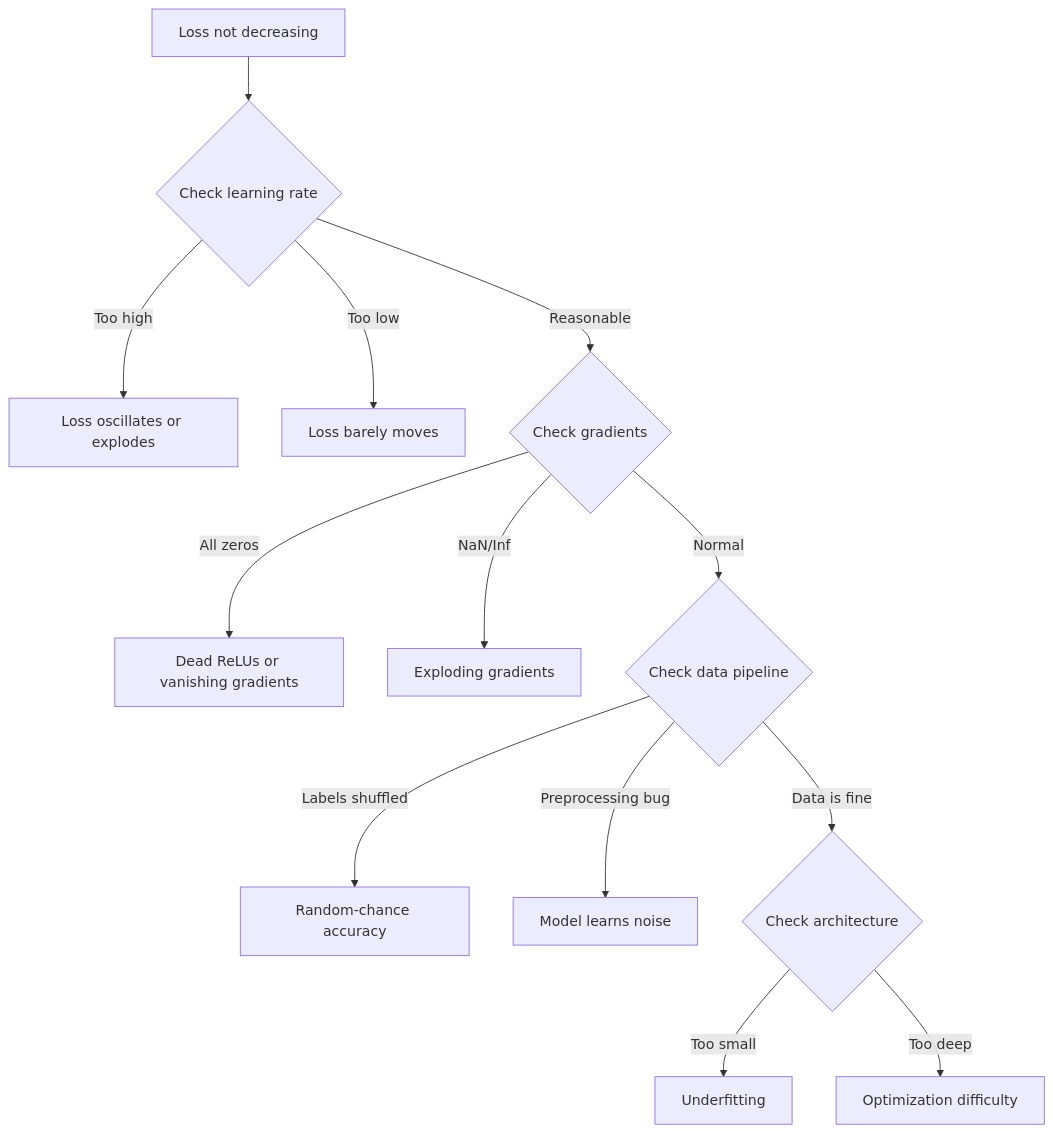
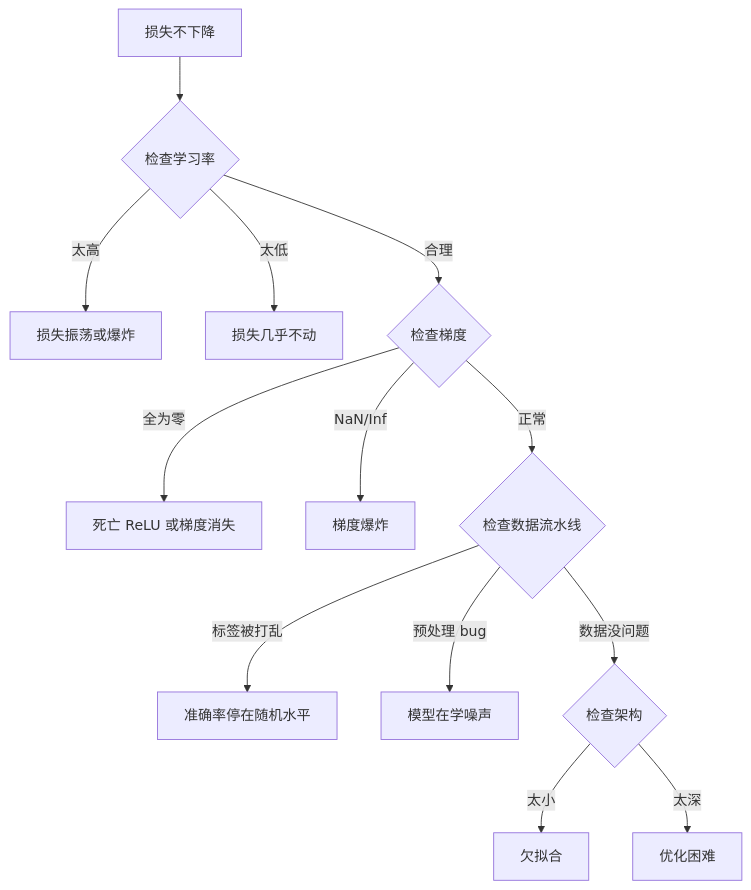
The first of 5 diagrams in phases/03-deep-learning-core/13-debugging-neural-networks/docs/zh.md (alessandrodinisio-ai/ai-engineering-learning-framework), drawn with Mermaid before and after one commit. The commit also changed other lines of this file and 120 other files, not shown here.

First line of the commit message:
i18n(mermaid): 337 个 mermaid 图表标签中文化

````diff
--- a/phases/03-deep-learning-core/13-debugging-neural-networks/docs/zh.md
+++ b/phases/03-deep-learning-core/13-debugging-neural-networks/docs/zh.md
@@ -37,15 +37,15 @@
 ```mermaid
 flowchart TD
-    A["Loss not decreasing"] --> B{"Check learning rate"}
-    B -->|"Too high"| C["Loss oscillates or explodes"]
-    B -->|"Too low"| D["Loss barely moves"]
-    B -->|"Reasonable"| E{"Check gradients"}
-    E -->|"All zeros"| F["Dead ReLUs or vanishing gradients"]
-    E -->|"NaN/Inf"| G["Exploding gradients"]
-    E -->|"Normal"| H{"Check data pipeline"}
-    H -->|"Labels shuffled"| I["Random-chance accuracy"]
-    H -->|"Preprocessing bug"| J["Model learns noise"]
-    H -->|"Data is fine"| K{"Check architecture"}
-    K -->|"Too small"| L["Underfitting"]
-    K -->|"Too deep"| M["Optimization difficulty"]
+    A["损失不下降"] --> B{"检查学习率"}
+    B -->|"太高"| C["损失振荡或爆炸"]
+    B -->|"太低"| D["损失几乎不动"]
+    B -->|"合理"| E{"检查梯度"}
+    E -->|"全为零"| F["死亡 ReLU 或梯度消失"]
+    E -->|"NaN/Inf"| G["梯度爆炸"]
+    E -->|"正常"| H{"检查数据流水线"}
+    H -->|"标签被打乱"| I["准确率停在随机水平"]
+    H -->|"预处理 bug"| J["模型在学噪声"]
+    H -->|"数据没问题"| K{"检查架构"}
+    K -->|"太小"| L["欠拟合"]
+    K -->|"太深"| M["优化困难"]
 ```
````
